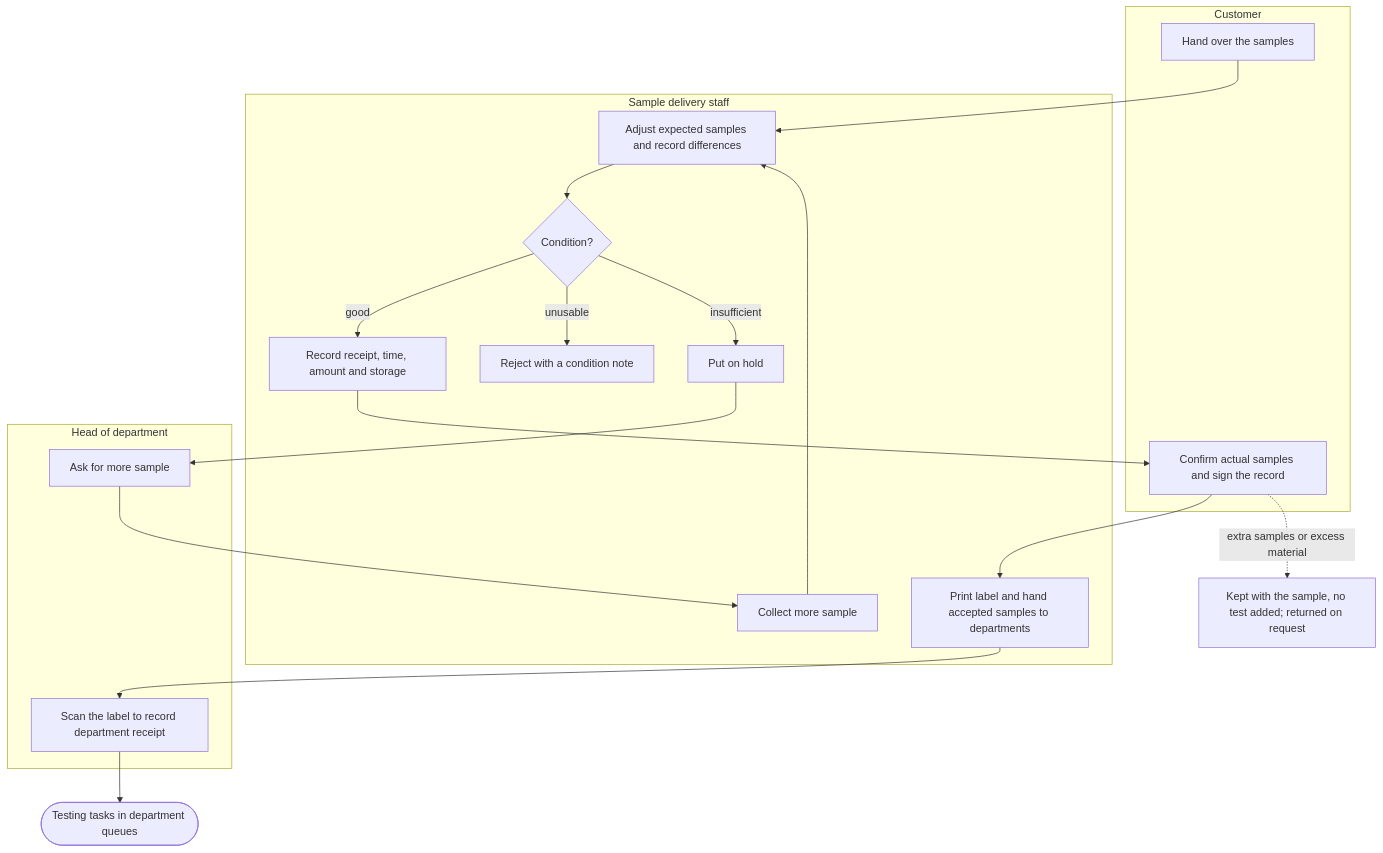
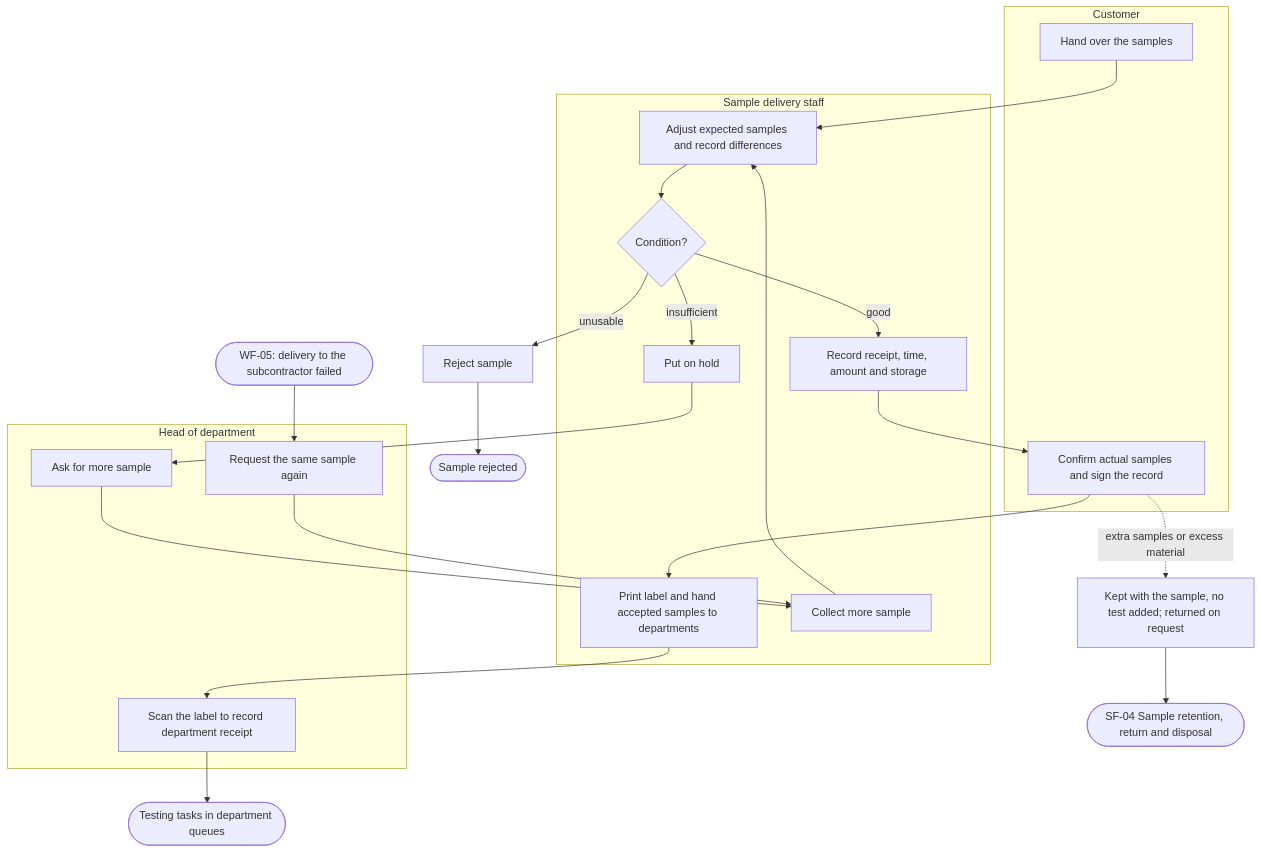
One commit to SoltuneMontepre/medilab changed the second of 17 diagrams in docs/functional/business-flows.md. Above: the diagram before and after it, drawn with Mermaid. The commit also changed other lines of this file and 122 other files, not shown here.

First line of the commit message:
[docs] Align the requirements with the final activity diagrams and BM04 v1.1 (#551)

````diff
--- a/docs/functional/business-flows.md
+++ b/docs/functional/business-flows.md
@@ -95,23 +103,25 @@
 ```mermaid
 flowchart TD
     subgraph lane5 ["Customer"]
         c1[Hand over the samples]
         c2[Confirm actual samples and sign the record]
     end
     subgraph lane6 ["Sample delivery staff"]
         d1[Adjust expected samples and record differences] --> d2{Condition?}
         d2 -->|good| d3[Record receipt, time, amount and storage]
-        d2 -->|unusable| d6[Reject with a condition note]
         d2 -->|insufficient| d7[Put on hold]
         d4[Print label and hand accepted samples to departments]
         d8[Collect more sample]
     end
     subgraph lane7 ["Head of department"]
         h1[Ask for more sample]
         h2[Scan the label to record department receipt]
+        h3[Request the same sample again]
     end
     c1 --> d1
+    d2 -->|unusable| reject[Reject sample] --> rejected([Sample rejected])
     d3 --> c2 --> d4 --> h2 --> done([Testing tasks in department queues])
-    c2 -.->|extra samples or excess material| keep[Kept with the sample, no test added; returned on request]
+    c2 -.->|extra samples or excess material| keep[Kept with the sample, no test added; returned on request] --> sf04([SF-04 Sample retention, return and disposal])
     d7 --> h1 --> d8 --> d1
+    wf05([WF-05: delivery to the subcontractor failed]) --> h3 --> d8
 ```
````
